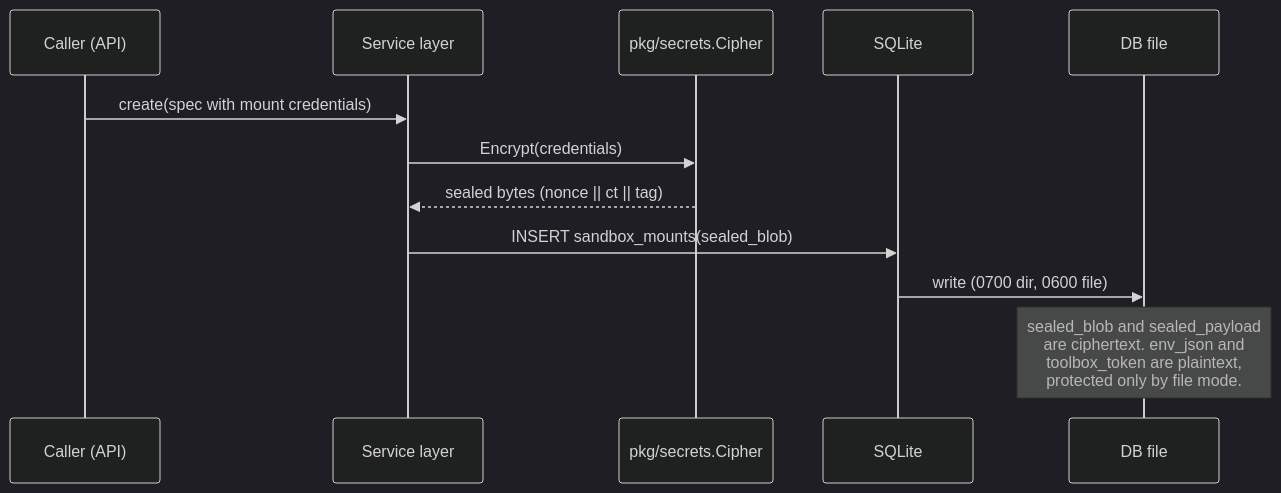
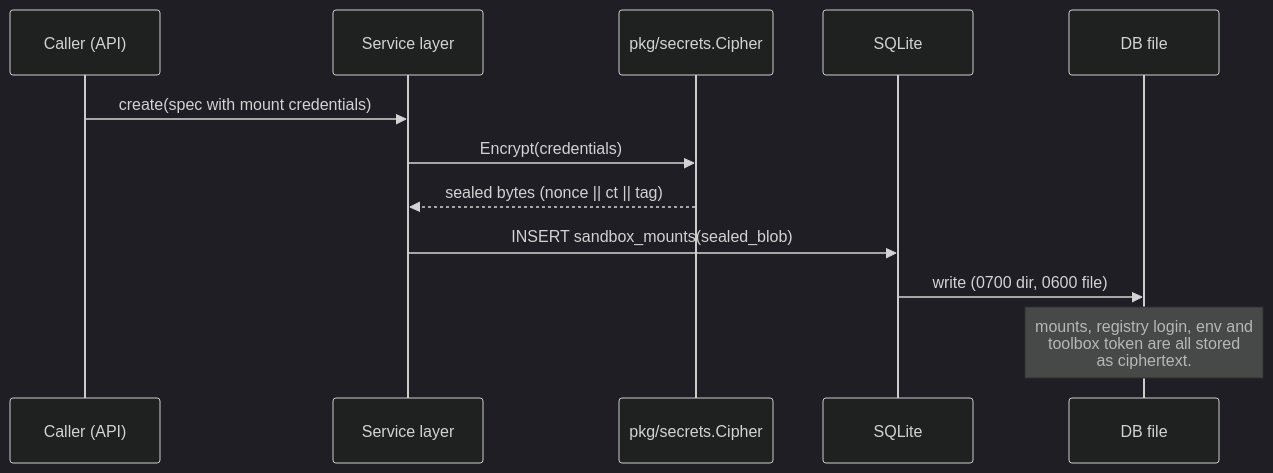
The first of 2 diagrams in docs/src/content/docs/engineering-trust-boundary.mdx (aerol-ai/microvm), drawn with Mermaid (dark theme) before and after one commit. The commit also changed other lines of this file and 85 other files, not shown here.

````diff
--- a/docs/src/content/docs/engineering-trust-boundary.mdx
+++ b/docs/src/content/docs/engineering-trust-boundary.mdx
@@ -124,14 +99,14 @@
 ```mermaid
 sequenceDiagram
     participant C as Caller (API)
     participant S as Service layer
     participant SEC as pkg/secrets.Cipher
     participant DB as SQLite
     participant DISK as DB file
     C->>S: create(spec with mount credentials)
     S->>SEC: Encrypt(credentials)
     SEC-->>S: sealed bytes (nonce || ct || tag)
     S->>DB: INSERT sandbox_mounts(sealed_blob)
     DB->>DISK: write (0700 dir, 0600 file)
-    Note over DISK: sealed_blob and sealed_payload<br/>are ciphertext. env_json and<br/>toolbox_token are plaintext,<br/>protected only by file mode.
+    Note over DISK: mounts, registry login, env and<br/>toolbox token are all stored<br/>as ciphertext.
 ```
````
